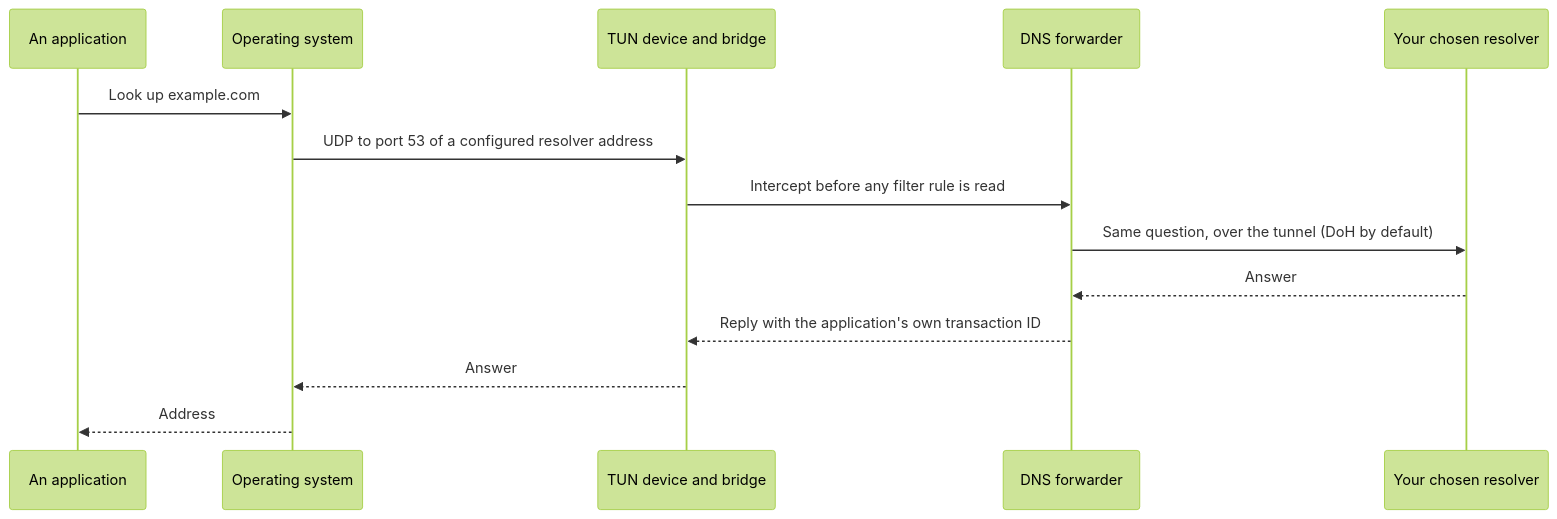
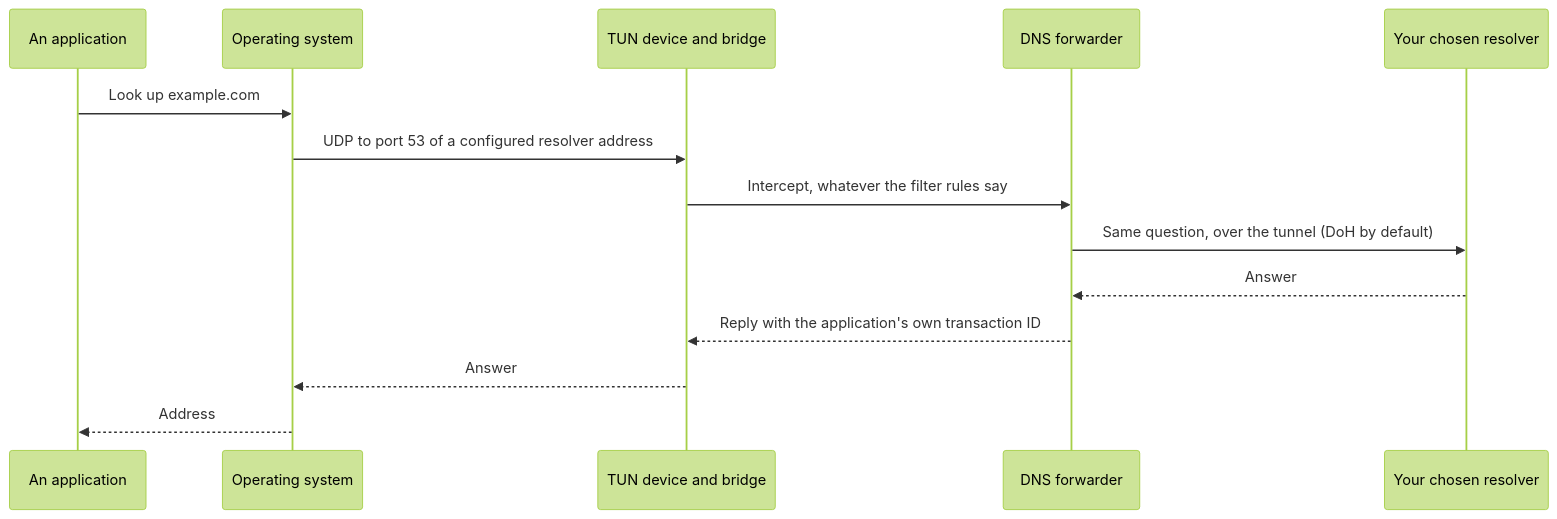
Before and after one commit to bindreams/hole: the diagram in docs/how-it-works/dns.md, drawn with Mermaid (forest theme). The commit also changed other lines of this file and 4 other files, not shown here.

````diff
--- a/docs/how-it-works/dns.md
+++ b/docs/how-it-works/dns.md
@@ -19,16 +19,16 @@
 ```{mermaid}
 sequenceDiagram
     participant App as An application
     participant OS as Operating system
     participant T as TUN device and bridge
     participant F as DNS forwarder
     participant R as Your chosen resolver
     App->>OS: Look up example.com
     OS->>T: UDP to port 53 of a configured resolver address
-    T->>F: Intercept before any filter rule is read
+    T->>F: Intercept, whatever the filter rules say
     F->>R: Same question, over the tunnel (DoH by default)
     R-->>F: Answer
     F-->>T: Reply with the application's own transaction ID
     T-->>OS: Answer
     OS-->>App: Address
 ```
````
